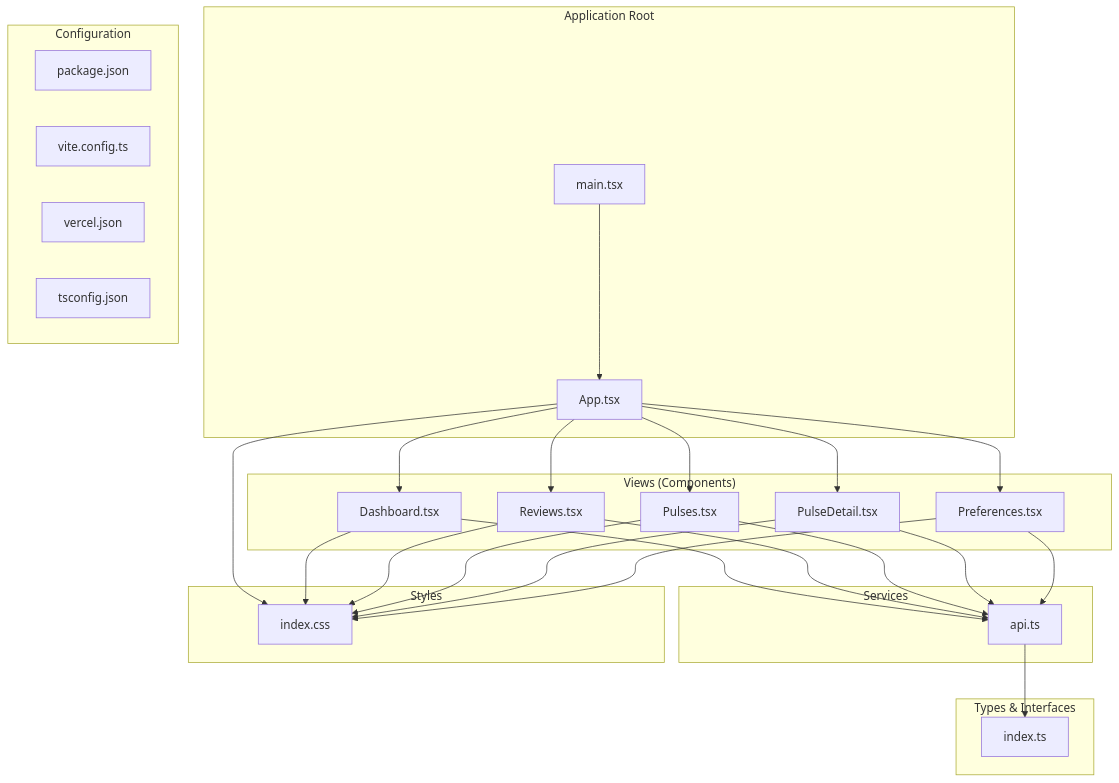
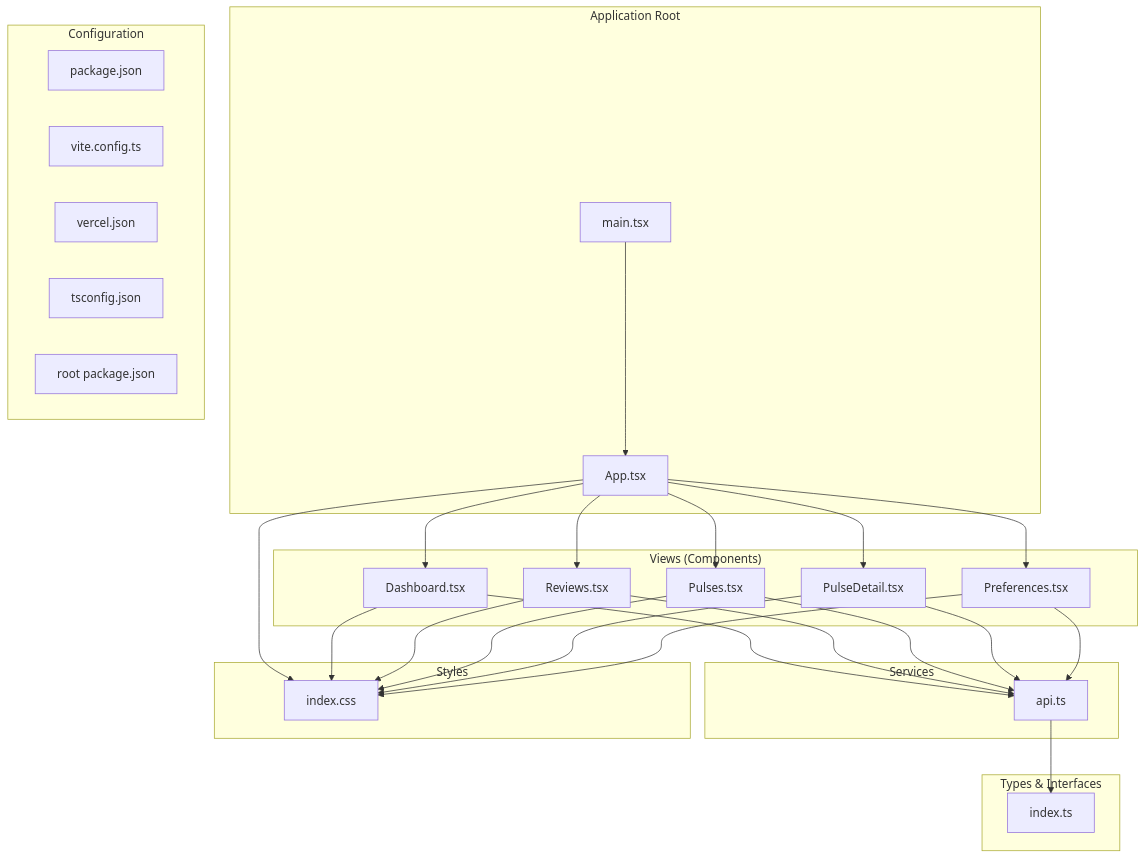
Before and after one commit to aravinthraj-ramalingam/Groww-App-Review-Insights-Analyzer-: the first of 11 diagrams in .qoder/repowiki/en/content/Getting Started/Phase 3_ Frontend React Application.md, drawn with Mermaid. The commit also changed other lines of this file and 3 other files, not shown here.

````diff
--- a/.qoder/repowiki/en/content/Getting Started/Phase 3_ Frontend React Application.md
+++ b/.qoder/repowiki/en/content/Getting Started/Phase 3_ Frontend React Application.md
@@ -45,47 +56,48 @@
 ```mermaid
 graph TB
 subgraph "Application Root"
 Main[main.tsx]
 App[App.tsx]
 end
 subgraph "Views (Components)"
 Dashboard[Dashboard.tsx]
 Reviews[Reviews.tsx]
 Pulses[Pulses.tsx]
 PulseDetail[PulseDetail.tsx]
 Preferences[Preferences.tsx]
 end
 subgraph "Services"
 API[api.ts]
 end
 subgraph "Types & Interfaces"
 Types[index.ts]
 end
 subgraph "Styles"
 CSS[index.css]
 end
 subgraph "Configuration"
 Package[package.json]
 Vite[vite.config.ts]
 Vercel[vercel.json]
 TSConfig[tsconfig.json]
+RootPackage[root package.json]
 end
 Main --> App
 App --> Dashboard
 App --> Reviews
 App --> Pulses
 App --> PulseDetail
 App --> Preferences
 Dashboard --> API
 Reviews --> API
 Pulses --> API
 PulseDetail --> API
 Preferences --> API
 API --> Types
 App --> CSS
 Dashboard --> CSS
 Reviews --> CSS
 Pulses --> CSS
 PulseDetail --> CSS
 Preferences --> CSS
 ```
````
